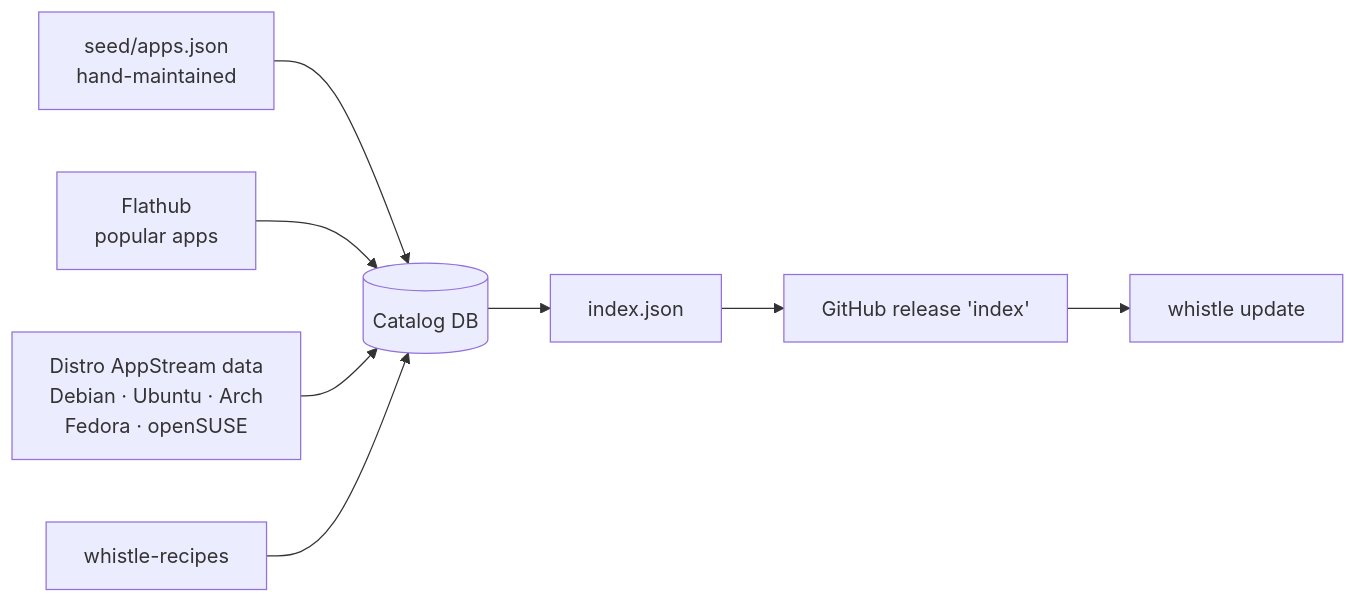
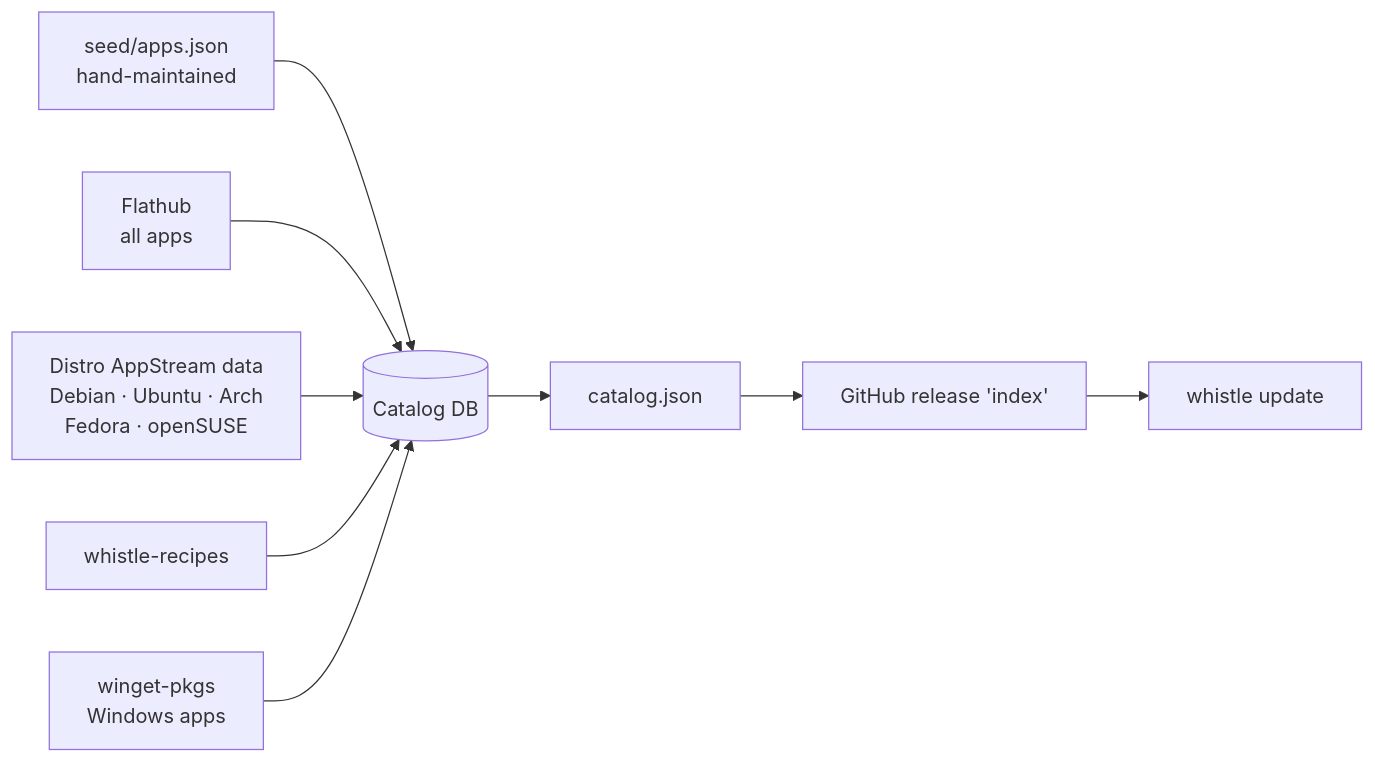
Before and after one commit to thisisroot/whistle-server: the diagram in README.md, drawn with Mermaid. The commit also changed other lines of this file and 14 other files, not shown here.

````diff
--- a/README.md
+++ b/README.md
@@ -42,10 +44,11 @@
 ```mermaid
 flowchart LR
     S["seed/apps.json<br/>hand-maintained"] --> DB[("Catalog DB")]
-    F["Flathub<br/>popular apps"] --> DB
+    F["Flathub<br/>all apps"] --> DB
     A["Distro AppStream data<br/>Debian · Ubuntu · Arch<br/>Fedora · openSUSE"] --> DB
     R["whistle-recipes"] --> DB
-    DB --> I["index.json"]
+    W["winget-pkgs<br/>Windows apps"] --> DB
+    DB --> I["catalog.json"]
     I --> G["GitHub release 'index'"]
     G --> C["whistle update"]
 ```
````
